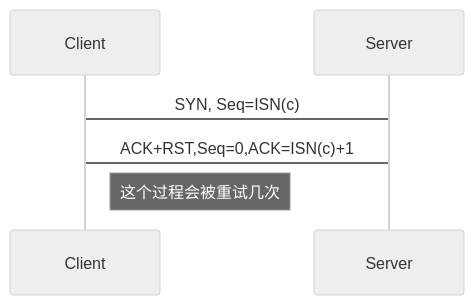
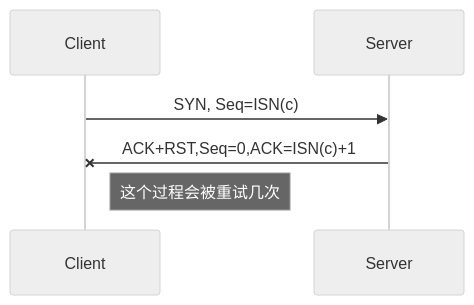
The fourth of 4 diagrams in modules/technology/base/tcpip.md (Clinan/blog), drawn with Mermaid (neutral theme) before and after one commit. The commit also changed other lines of this file and 1 other file, not shown here.

````diff
--- a/modules/technology/base/tcpip.md
+++ b/modules/technology/base/tcpip.md
@@ -268,6 +265,6 @@
 ```mermaid
 sequenceDiagram
-Client->Server: SYN, Seq=ISN(c)
-Server->Client: ACK+RST,Seq=0,ACK=ISN(c)+1
+Client->>Server: SYN, Seq=ISN(c)
+Server-xClient: ACK+RST,Seq=0,ACK=ISN(c)+1
 note right of Client: 这个过程会被重试几次
 ```
````
